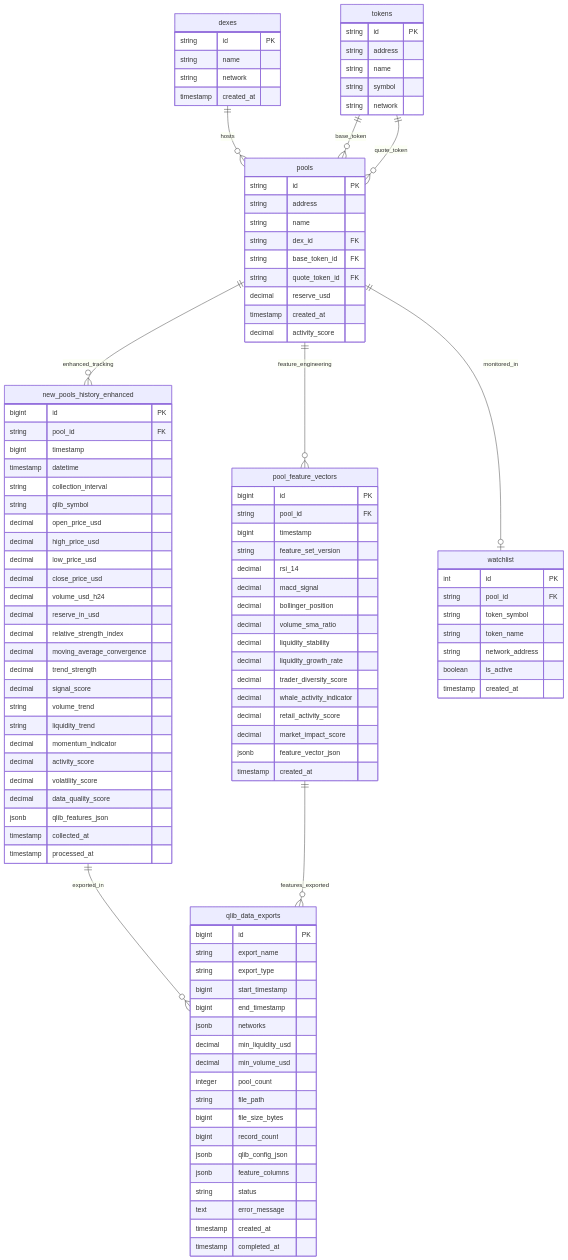
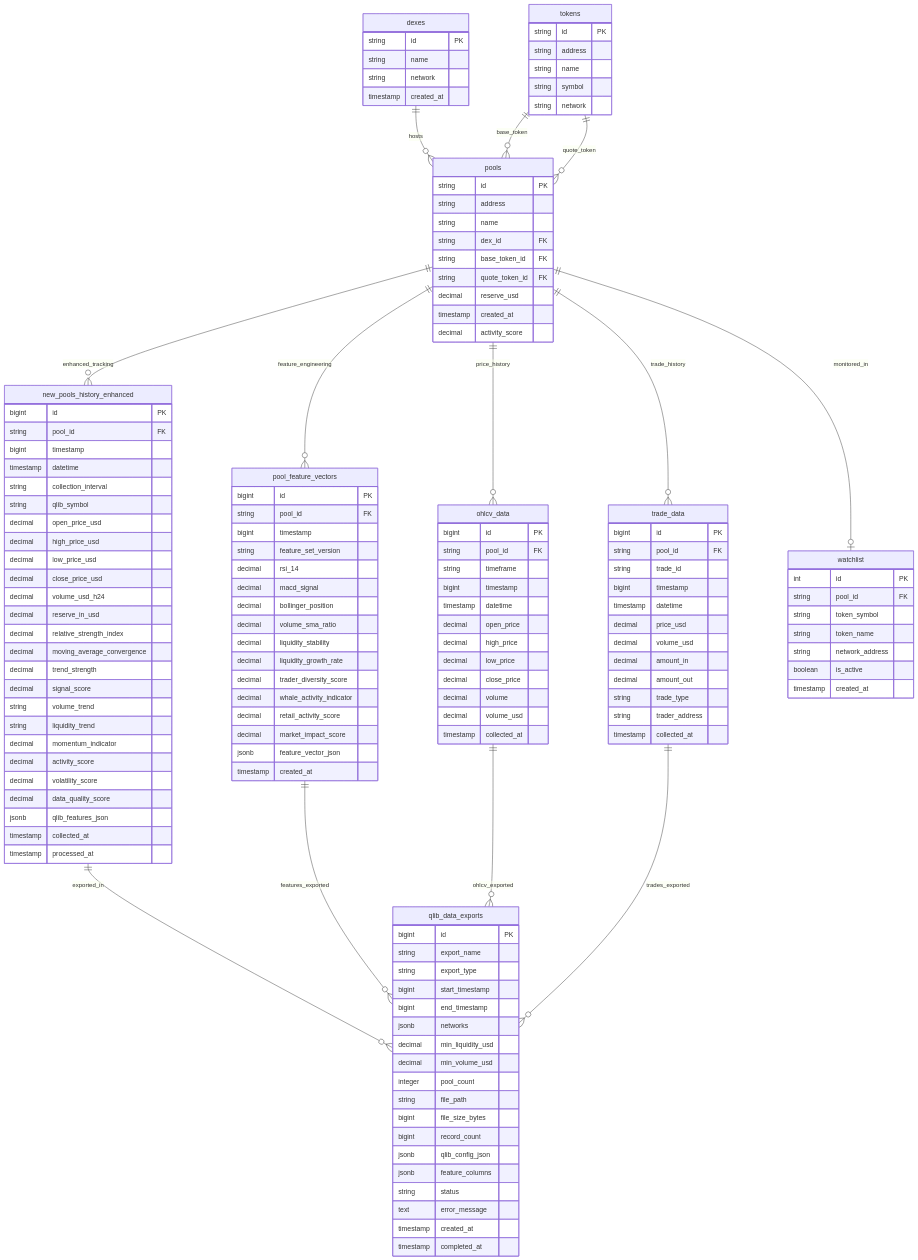
The third of 7 diagrams in specs/v4/SYSTEM_ARCHITECTURE_DIAGRAM.md (snogcel/geckoterminal_collector), drawn with Mermaid before and after one commit. The commit also changed other lines of this file and 1 other file, not shown here.

Commit message:
Fix System Architecture Diagram

````diff
--- a/specs/v4/SYSTEM_ARCHITECTURE_DIAGRAM.md
+++ b/specs/v4/SYSTEM_ARCHITECTURE_DIAGRAM.md
@@ -205,6 +225,36 @@
         timestamp created_at
     }
     
+    ohlcv_data {
+        bigint id PK
+        string pool_id FK
+        string timeframe
+        bigint timestamp
+        timestamp datetime
+        decimal open_price
+        decimal high_price
+        decimal low_price
+        decimal close_price
+        decimal volume
+        decimal volume_usd
+        timestamp collected_at
+    }
+    
+    trade_data {
+        bigint id PK
+        string pool_id FK
+        string trade_id
+        bigint timestamp
+        timestamp datetime
+        decimal price_usd
+        decimal volume_usd
+        decimal amount_in
+        decimal amount_out
+        string trade_type
+        string trader_address
+        timestamp collected_at
+    }
+    
     qlib_data_exports {
         bigint id PK
         string export_name
@@ -253,10 +303,14 @@
     
     pools ||--o{ new_pools_history_enhanced : "enhanced_tracking"
     pools ||--o{ pool_feature_vectors : "feature_engineering"
+    pools ||--o{ ohlcv_data : "price_history"
+    pools ||--o{ trade_data : "trade_history"
     pools ||--o| watchlist : "monitored_in"
     dexes ||--o{ pools : "hosts"
     tokens ||--o{ pools : "base_token"
     tokens ||--o{ pools : "quote_token"
     new_pools_history_enhanced ||--o{ qlib_data_exports : "exported_in"
     pool_feature_vectors ||--o{ qlib_data_exports : "features_exported"
+    ohlcv_data ||--o{ qlib_data_exports : "ohlcv_exported"
+    trade_data ||--o{ qlib_data_exports : "trades_exported"
 ```
````
